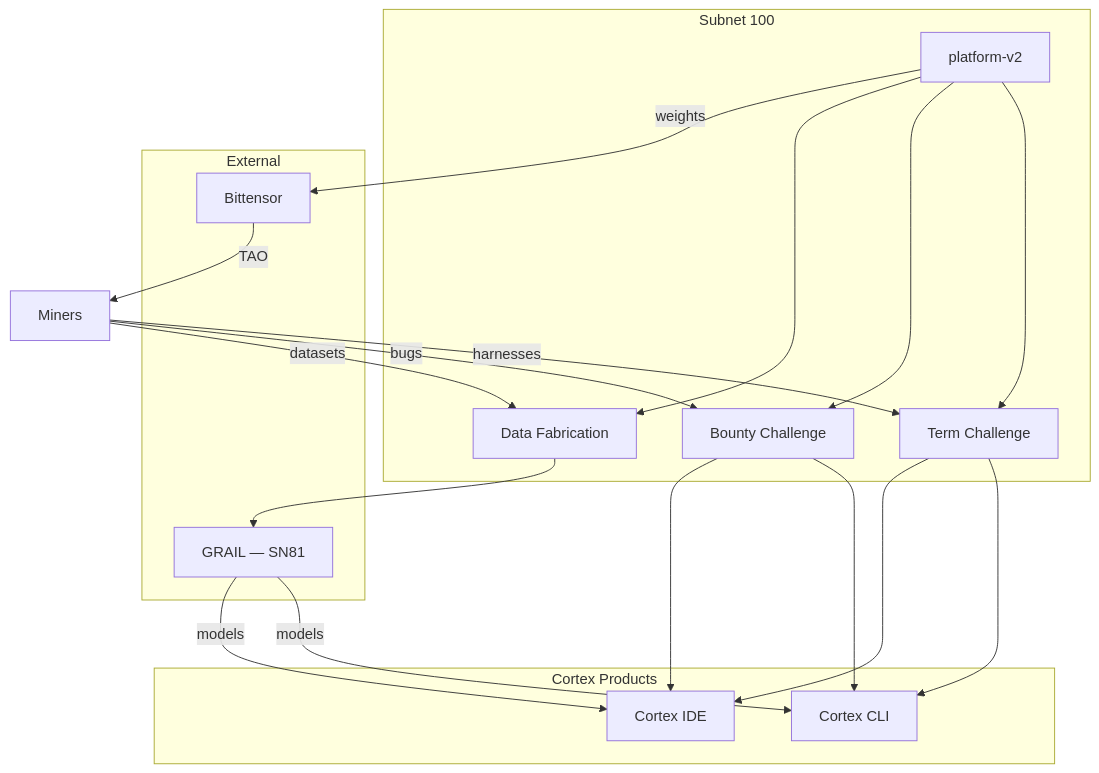
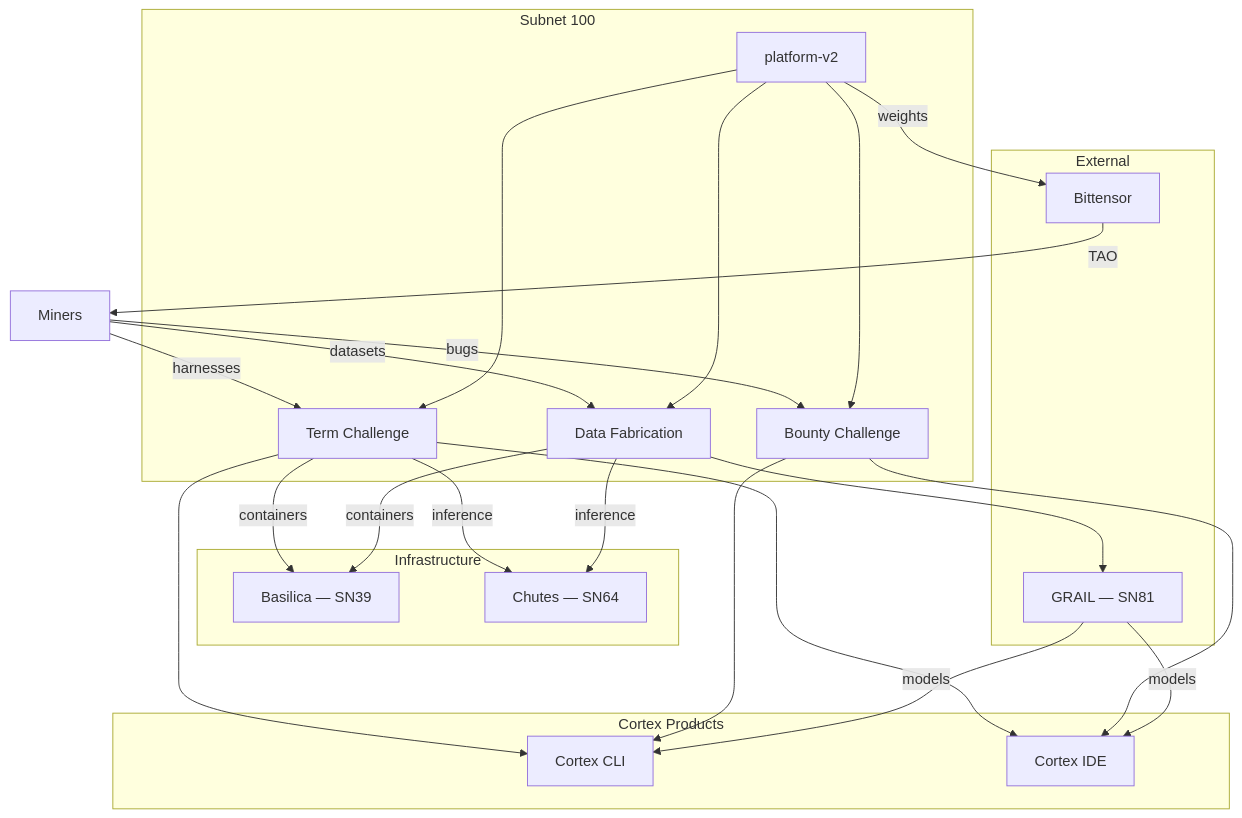
One commit to PlatformNetwork/roadmap changed the second of 14 diagrams in README.md. Above: the diagram before and after it, drawn with Mermaid. The commit also changed other lines of this file, not shown here.

Commit message:
feat: add Basilica SN39 and Chutes SN64 infrastructure, update title

````diff
--- a/README.md
+++ b/README.md
@@ -24,38 +38,48 @@
 ```mermaid
 flowchart TB
     subgraph Cortex["Cortex Products"]
         CLI["Cortex CLI"]
         IDE["Cortex IDE"]
     end
 
     subgraph Platform["Subnet 100"]
         PV2["platform-v2"]
         TC["Term Challenge"]
         BC["Bounty Challenge"]
         DC["Data Fabrication"]
+    end
+
+    subgraph Infra["Infrastructure"]
+        Basilica["Basilica — SN39"]
+        Chutes["Chutes — SN64"]
     end
 
     subgraph External["External"]
         BT["Bittensor"]
         GRAIL["GRAIL — SN81"]
     end
 
     Miners["Miners"] -->|harnesses| TC
     Miners -->|bugs| BC
     Miners -->|datasets| DC
 
     TC --> CLI
     TC --> IDE
     BC --> CLI
     BC --> IDE
     DC --> GRAIL
 
     PV2 --> TC
     PV2 --> BC
     PV2 --> DC
     PV2 -->|weights| BT
     BT -->|TAO| Miners
 
+    TC -->|containers| Basilica
+    TC -->|inference| Chutes
+    DC -->|containers| Basilica
+    DC -->|inference| Chutes
+
     GRAIL -->|models| CLI
     GRAIL -->|models| IDE
 ```
````
